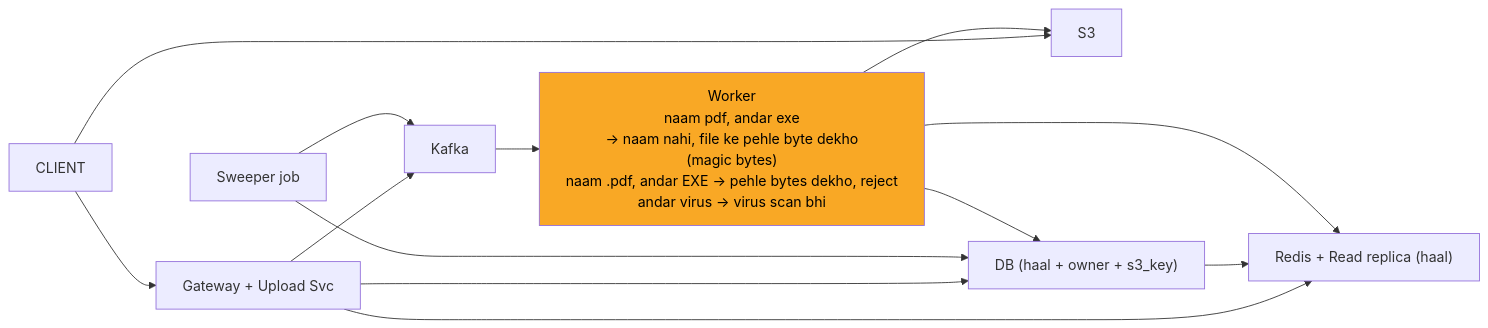
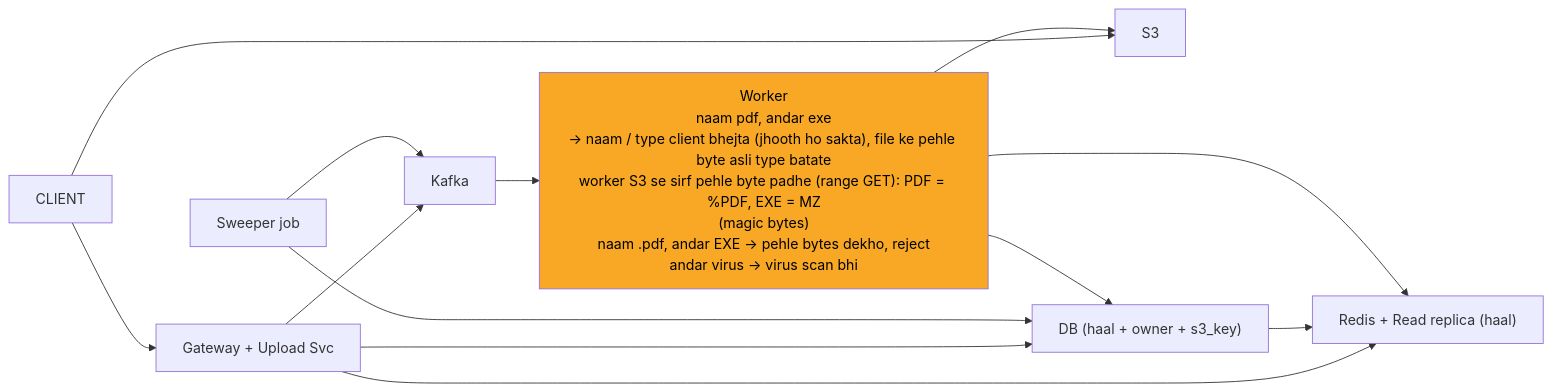
One commit to ArpanMaheshwari144/Prep changed the tenth of 11 diagrams in 04_HLD/SYSTEM_DESIGNS/07_file_upload_validate_system/07_file_upload_INTERVIEW.md. Above: the diagram before and after it, drawn with Mermaid. The commit also changed other lines of this file and 13 other files, not shown here.

````diff
--- a/04_HLD/SYSTEM_DESIGNS/07_file_upload_validate_system/07_file_upload_INTERVIEW.md
+++ b/04_HLD/SYSTEM_DESIGNS/07_file_upload_validate_system/07_file_upload_INTERVIEW.md
@@ -432,25 +436,25 @@
 ```mermaid
 %%{init: {"flowchart": {"wrappingWidth": 450}}}%%
 flowchart LR
     n_CLIENT["CLIENT"]
     n_S3["S3"]
     n_GU["Gateway + Upload Svc"]
     n_RC["Redis + Read replica (haal)"]
     n_DB["DB (haal + owner + s3_key)"]
     n_Sweeper_job["Sweeper job"]
     n_Kafka["Kafka"]
-    n_Worker["Worker<br/>naam pdf, andar exe<br/>-> naam nahi, file ke pehle byte dekho<br/>(magic bytes)<br/>naam .pdf, andar EXE -> pehle bytes dekho, reject<br/>andar virus -> virus scan bhi"]
+    n_Worker["Worker<br/>naam pdf, andar exe<br/>-> naam / type client bhejta (jhooth ho sakta), file ke pehle byte asli type batate<br/>worker S3 se sirf pehle byte padhe (range GET): PDF = %PDF, EXE = MZ<br/>(magic bytes)<br/>naam .pdf, andar EXE -> pehle bytes dekho, reject<br/>andar virus -> virus scan bhi"]
     n_CLIENT --> n_S3
     n_CLIENT --> n_GU
     n_GU --> n_RC
     n_GU --> n_DB
     n_DB --> n_RC
     n_GU --> n_Kafka
     n_Sweeper_job --> n_DB
     n_Sweeper_job --> n_Kafka
     n_Kafka --> n_Worker
     n_Worker --> n_DB
     n_Worker --> n_RC
     n_Worker --> n_S3
     style n_Worker fill:#f9a825,color:#000
 ```
````
